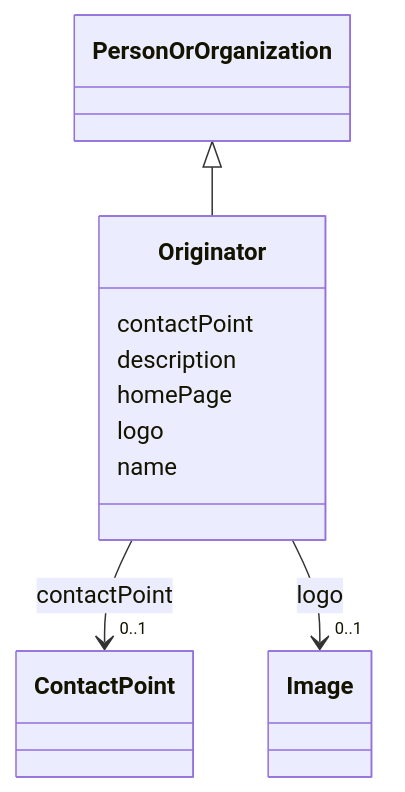
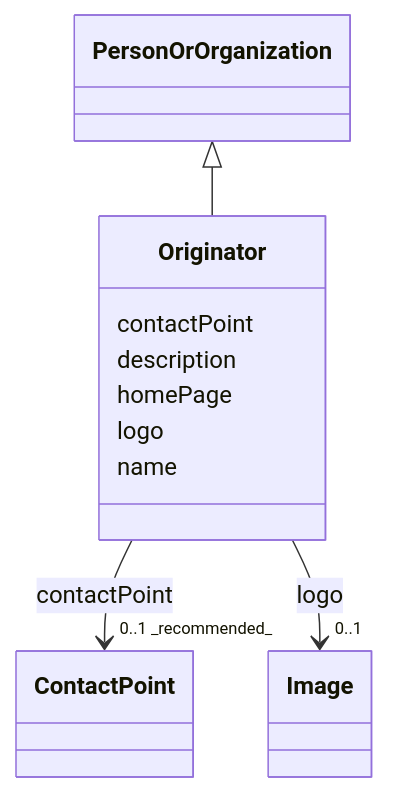
The diagram in models/docs/Originator.md (EVORA-project/evora-ontology), drawn with Mermaid before and after one commit. The commit also changed other lines of this file and 1187 other files, not shown here.

````diff
--- a/models/docs/Originator.md
+++ b/models/docs/Originator.md
@@ -19,33 +19,33 @@
 ```mermaid
  classDiagram
     class Originator
     click Originator href "../Originator"
       PersonOrOrganization <|-- Originator
         click PersonOrOrganization href "../PersonOrOrganization"
       
       Originator : contactPoint
         
           
     
     
-    Originator --> "0..1" ContactPoint : contactPoint
+    Originator --> "0..1 _recommended_" ContactPoint : contactPoint
     click ContactPoint href "../ContactPoint"
 
         
       Originator : description
         
       Originator : homePage
         
       Originator : logo
         
           
     
     
     Originator --> "0..1" Image : logo
     click Image href "../Image"
 
         
       Originator : name
         
       
 ```
````
